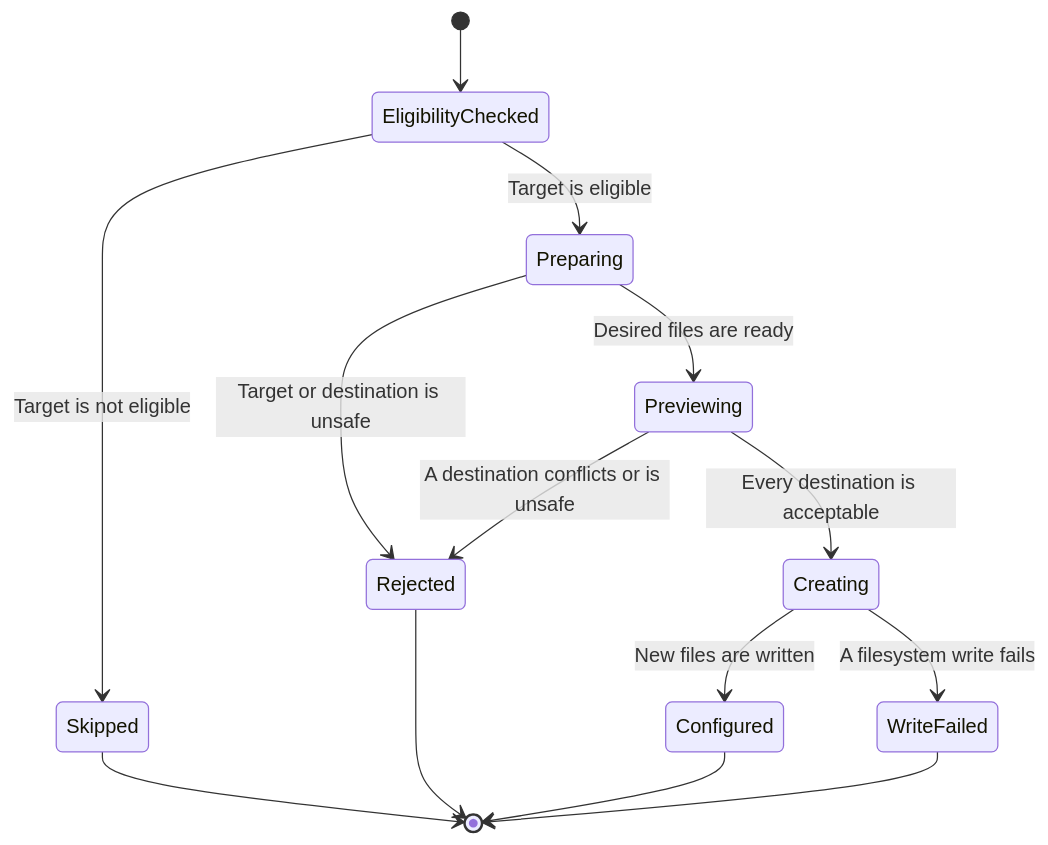
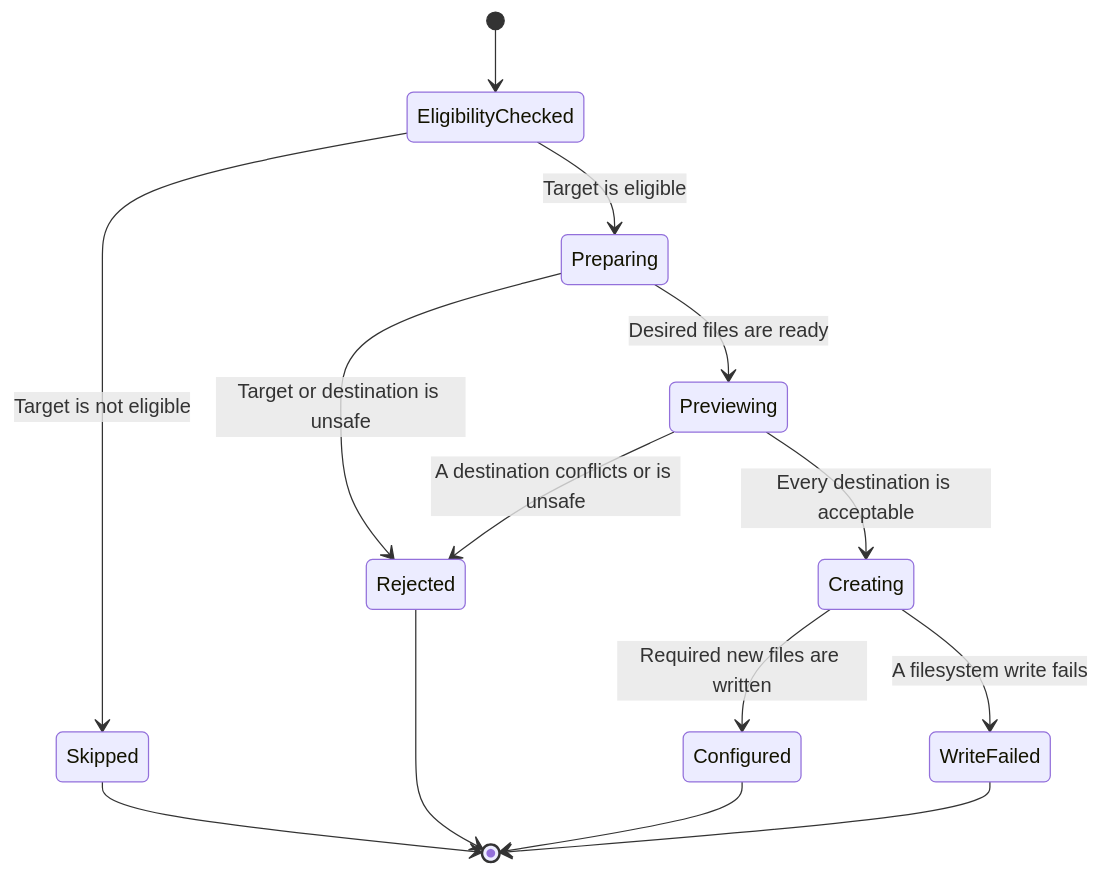
Before and after one commit to ririnto/sinon: the diagram in docs/baseline-state.md, drawn with Mermaid. The commit also changed other lines of this file and 1 other file, not shown here.

````diff
--- a/docs/baseline-state.md
+++ b/docs/baseline-state.md
@@ -6,16 +6,16 @@
 ```mermaid
 stateDiagram-v2
     [*] --> EligibilityChecked
     EligibilityChecked --> Skipped: Target is not eligible
     EligibilityChecked --> Preparing: Target is eligible
     Preparing --> Rejected: Target or destination is unsafe
     Preparing --> Previewing: Desired files are ready
     Previewing --> Rejected: A destination conflicts or is unsafe
     Previewing --> Creating: Every destination is acceptable
-    Creating --> Configured: New files are written
+    Creating --> Configured: Required new files are written
     Creating --> WriteFailed: A filesystem write fails
     Skipped --> [*]
     Rejected --> [*]
     Configured --> [*]
     WriteFailed --> [*]
 ```
````
